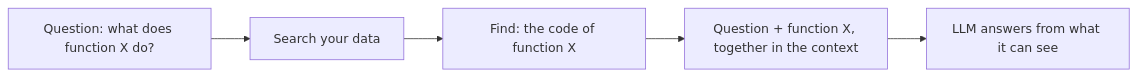
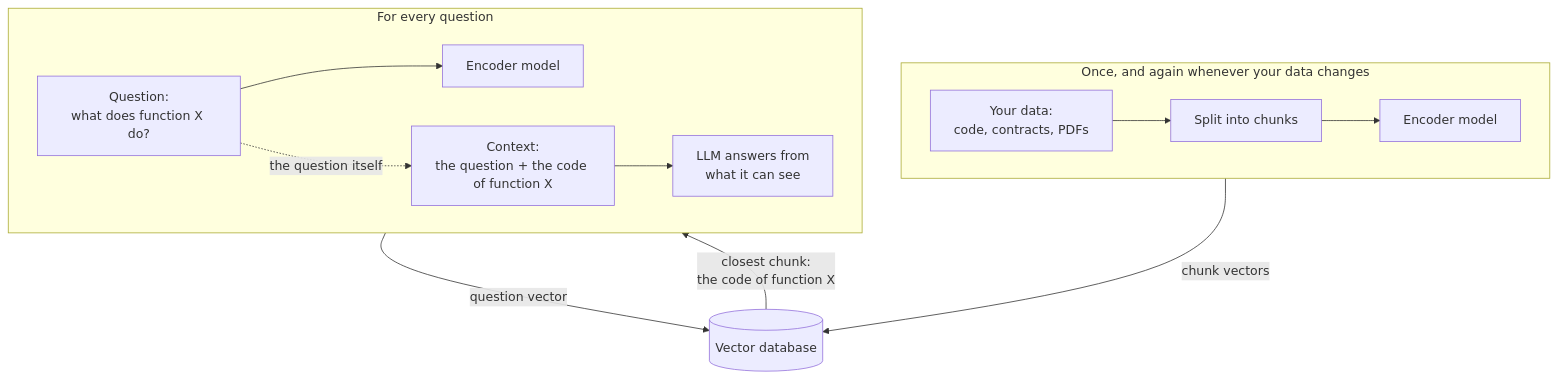
The first of 5 diagrams in mini-courses/1_fundamentals/rag.md (lokumai/ai-engineering-bazaar), drawn with Mermaid before and after one commit. The commit also changed other lines of this file and 70 other files, not shown here.

````diff
--- a/mini-courses/1_fundamentals/rag.md
+++ b/mini-courses/1_fundamentals/rag.md
@@ -47,7 +53,17 @@
 ```mermaid
-graph LR
-    A["Question: what does function X do?"] --> B["Search your data"]
-    B --> C["Find: the code of function X"]
-    C --> D["Question + function X, together in the context"]
-    D --> E["LLM answers from what it can see"]
+flowchart TB
+    subgraph once["Once, and again whenever your data changes"]
+        direction LR
+        D["Your data:<br/>code, contracts, PDFs"] --> S["Split into chunks"] --> E1["Encoder model"]
+    end
+    V[("Vector database")]
+    subgraph every["For every question"]
+        direction LR
+        Q["Question:<br/>what does function X do?"] --> E2["Encoder model"]
+        C["Context:<br/>the question + the code of function X"] --> L["LLM answers from<br/>what it can see"]
+    end
+    E1 -->|"chunk vectors"| V
+    E2 -->|"question vector"| V
+    V -->|"closest chunk:<br/>the code of function X"| C
+    Q -.->|"the question itself"| C
 ```
````
